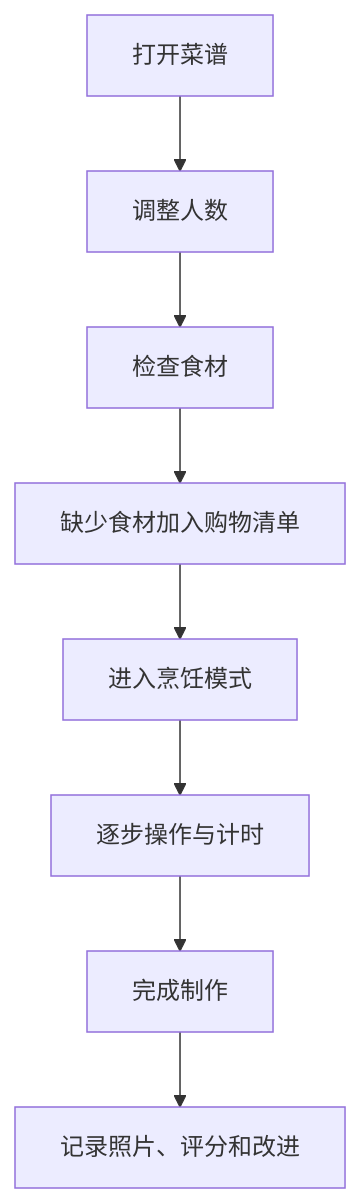
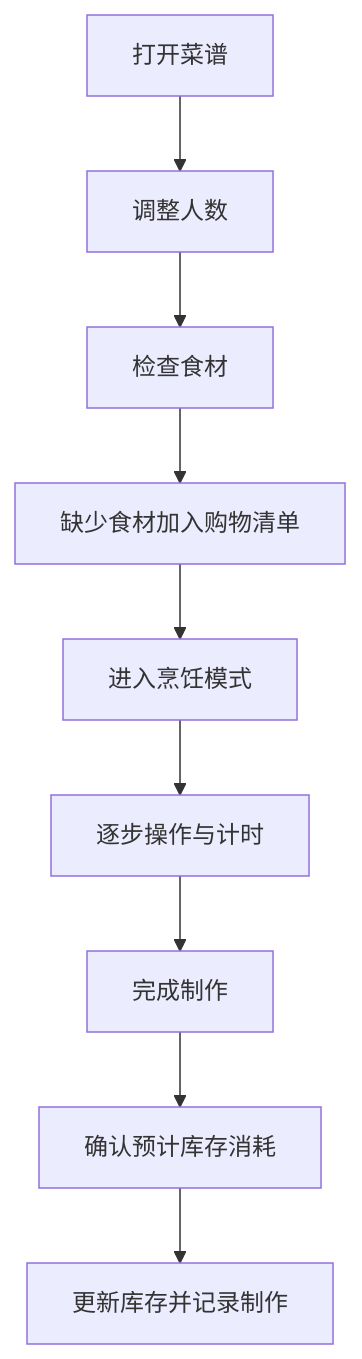
The second of 5 diagrams in docs/product/AI食谱应用产品需求文档.md (zisjugoudan/ai-recipe), drawn with Mermaid before and after one commit. The commit also changed other lines of this file and 129 other files, not shown here.

````diff
--- a/docs/product/AI食谱应用产品需求文档.md
+++ b/docs/product/AI食谱应用产品需求文档.md
@@ -1060,10 +1248,11 @@
 ```mermaid
 flowchart TD
     A[打开菜谱] --> B[调整人数]
     B --> C[检查食材]
     C --> D[缺少食材加入购物清单]
     D --> E[进入烹饪模式]
     E --> F[逐步操作与计时]
     F --> G[完成制作]
-    G --> H[记录照片、评分和改进]
+    G --> H[确认预计库存消耗]
+    H --> I[更新库存并记录制作]
 ```
````
